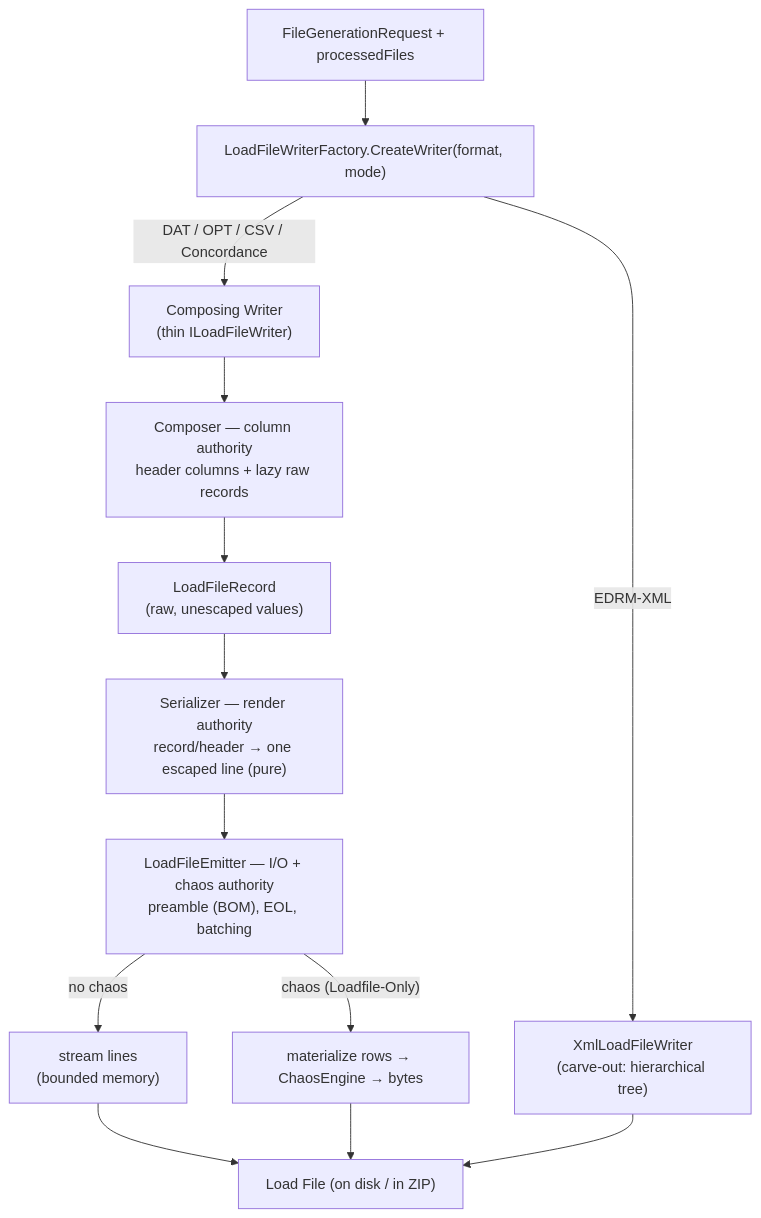
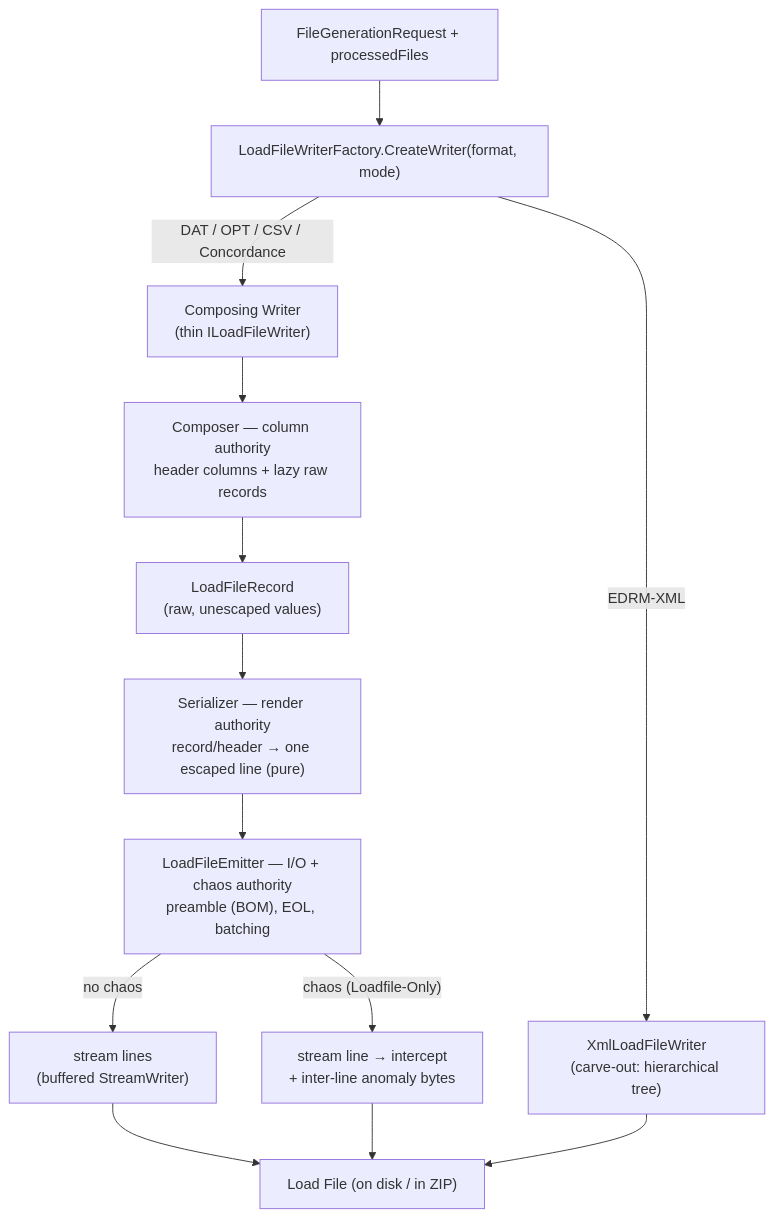
The third of 3 diagrams in docs/architecture.md (dwojtaszek/zipper), drawn with Mermaid before and after one commit. The commit also changed other lines of this file and 3 other files, not shown here.

````diff
--- a/docs/architecture.md
+++ b/docs/architecture.md
@@ -124,19 +124,19 @@
 ```mermaid
 graph TD
     Req["FileGenerationRequest + processedFiles"]
     Req --> Factory["LoadFileWriterFactory.CreateWriter(format, mode)"]
     Factory -->|"DAT / OPT / CSV / Concordance"| CW["Composing Writer<br/>(thin ILoadFileWriter)"]
     Factory -->|"EDRM-XML"| XML["XmlLoadFileWriter<br/>(carve-out: hierarchical tree)"]
 
     CW --> Comp["Composer — column authority<br/>header columns + lazy raw records"]
     Comp --> Rec["LoadFileRecord<br/>(raw, unescaped values)"]
     Rec --> Ser["Serializer — render authority<br/>record/header → one escaped line (pure)"]
     Ser --> Emit["LoadFileEmitter — I/O + chaos authority<br/>preamble (BOM), EOL, batching"]
 
-    Emit -->|"no chaos"| Stream["stream lines<br/>(bounded memory)"]
-    Emit -->|"chaos (Loadfile-Only)"| ChaosP["materialize rows → ChaosEngine → bytes"]
+    Emit -->|"no chaos"| Stream["stream lines<br/>(buffered StreamWriter)"]
+    Emit -->|"chaos (Loadfile-Only)"| ChaosP["stream line → intercept<br/>+ inter-line anomaly bytes"]
 
     Stream --> Out["Load File (on disk / in ZIP)"]
     ChaosP --> Out
     XML --> Out
 ```
````
